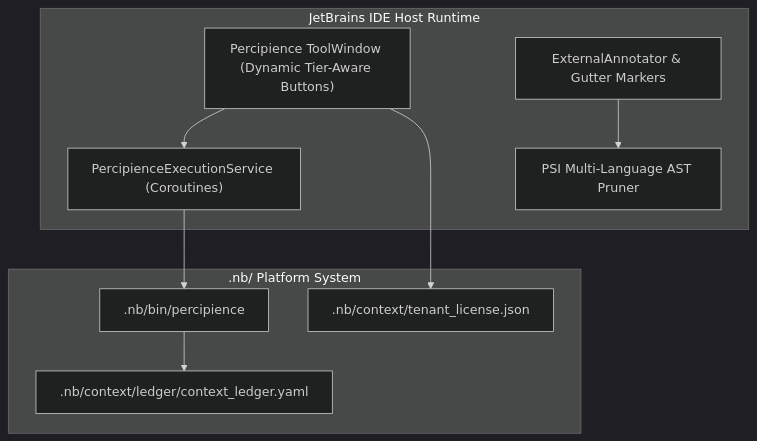
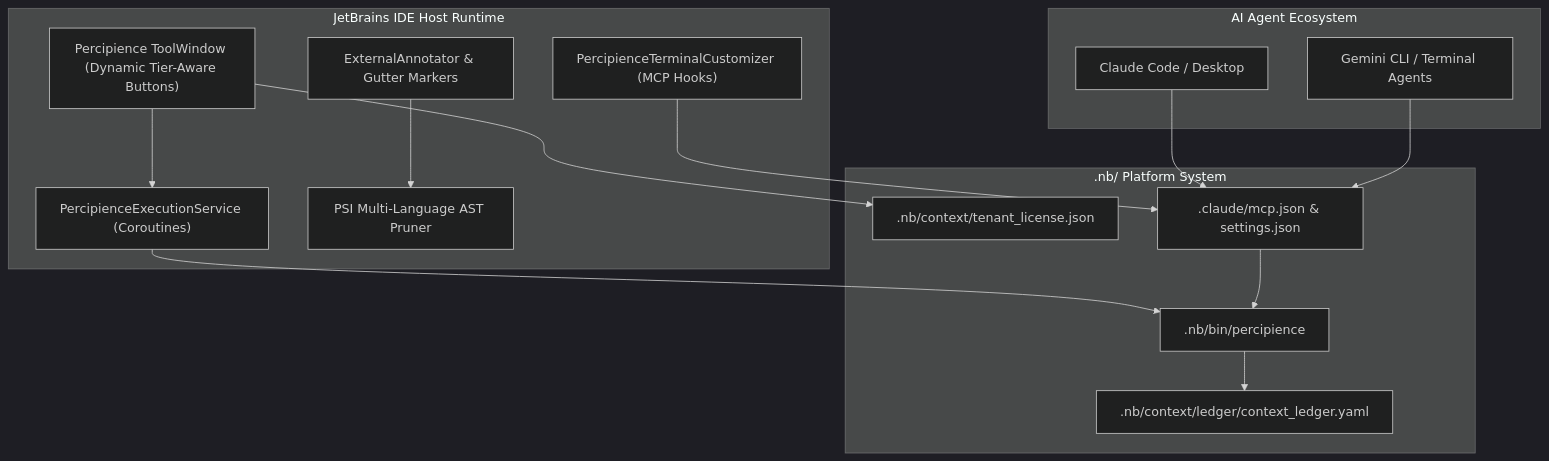
One commit to lakhwindersingh/nb_fairyfly changed the diagram in .nb/plan/l1/intellij-pycharm-plugin/concise.md. Above: the diagram before and after it, drawn with Mermaid (dark theme). The commit also changed other lines of this file and 3 other files, not shown here.

````diff
--- a/.nb/plan/l1/intellij-pycharm-plugin/concise.md
+++ b/.nb/plan/l1/intellij-pycharm-plugin/concise.md
@@ -27,21 +28,31 @@
 ```mermaid
 graph TD
   subgraph JetBrains_IDE_Host["JetBrains IDE Host Runtime"]
     ToolWindow["Percipience ToolWindow (Dynamic Tier-Aware Buttons)"]
     Annotators["ExternalAnnotator & Gutter Markers"]
     ExecService["PercipienceExecutionService (Coroutines)"]
     PsiVisitor["PSI Multi-Language AST Pruner"]
+    TermCustomizer["PercipienceTerminalCustomizer (MCP Hooks)"]
   end
 
   subgraph Local_Platform[".nb/ Platform System"]
     PlatformCli[".nb/bin/percipience"]
     PlatformLedger[".nb/context/ledger/context_ledger.yaml"]
     LicenseResolver[".nb/context/tenant_license.json"]
+    ClaudeMcp[".claude/mcp.json & settings.json"]
+  end
+
+  subgraph External_Agents["AI Agent Ecosystem"]
+    ClaudeDesktop["Claude Code / Desktop"]
+    GeminiCLI["Gemini CLI / Terminal Agents"]
   end
 
   ToolWindow --> ExecService
   ToolWindow --> LicenseResolver
   Annotators --> PsiVisitor
   ExecService --> PlatformCli
   PlatformCli --> PlatformLedger
+  TermCustomizer --> ClaudeMcp
+  ClaudeDesktop & GeminiCLI --> ClaudeMcp
+  ClaudeMcp --> PlatformCli
 ```
````
